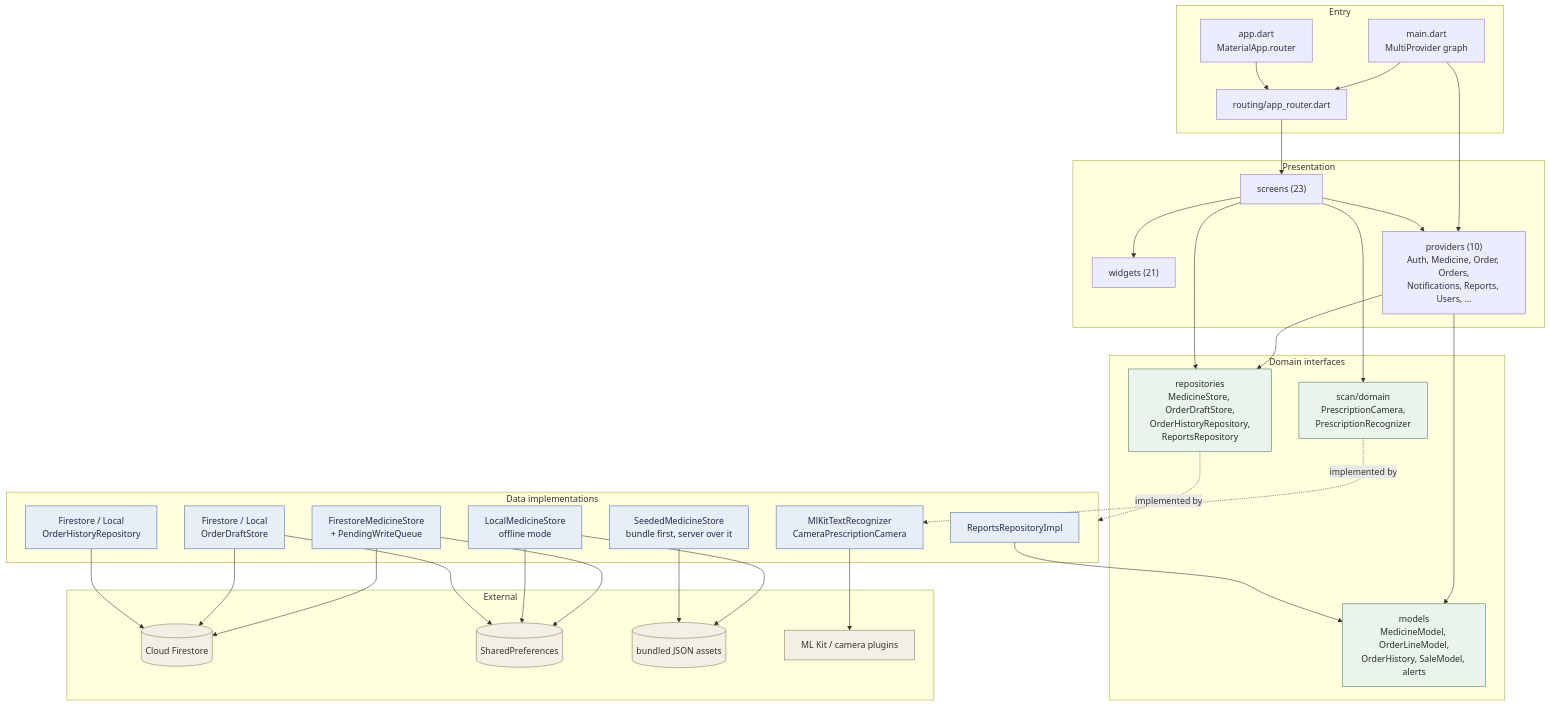
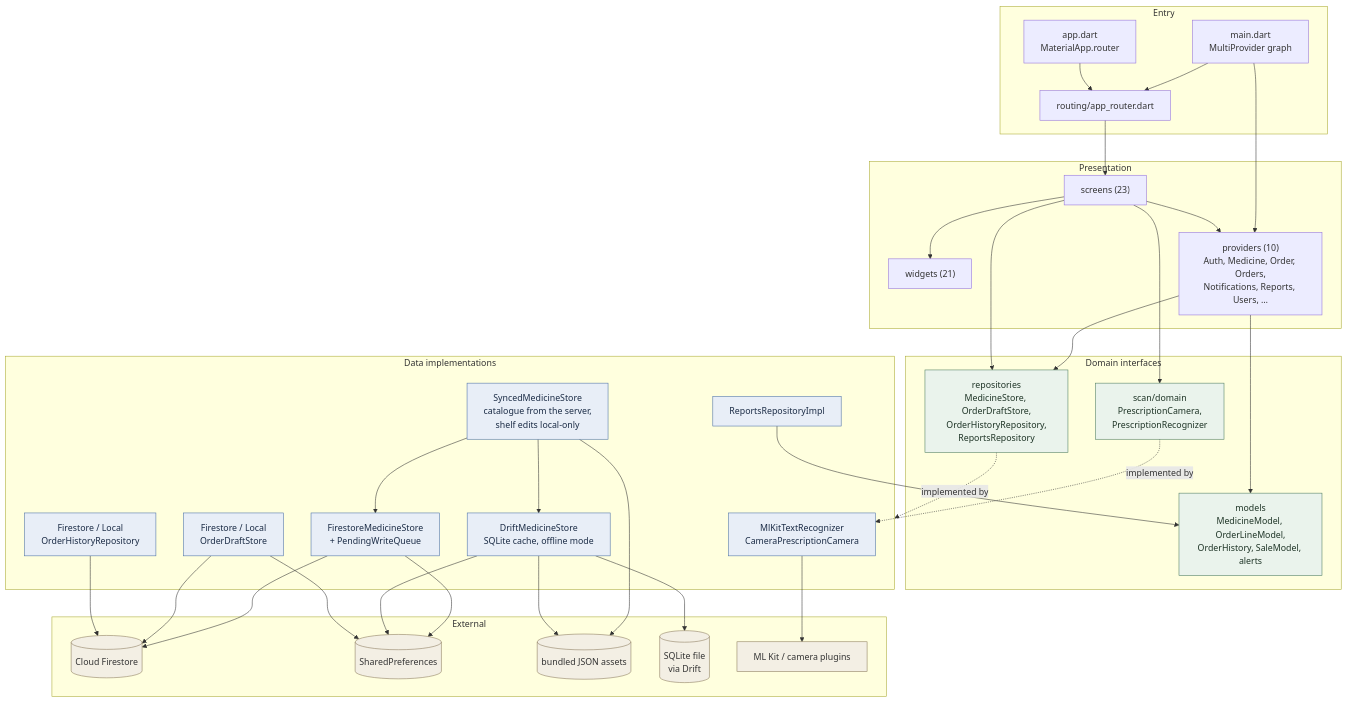
One commit to adriantoque/pharma-app changed the first of 5 diagrams in docs/architecture.md. Above: the diagram before and after it, drawn with Mermaid. The commit also changed other lines of this file and 43 other files, not shown here.

````diff
--- a/docs/architecture.md
+++ b/docs/architecture.md
@@ -106,67 +107,71 @@
 ```mermaid
 graph TD
   subgraph entry["Entry"]
     main["main.dart<br/>MultiProvider graph"]
     app["app.dart<br/>MaterialApp.router"]
     router["routing/app_router.dart"]
   end
 
   subgraph presentation["Presentation"]
     screens["screens (23)"]
     widgets["widgets (21)"]
     providers["providers (10)<br/>Auth, Medicine, Order, Orders,<br/>Notifications, Reports, Users, …"]
   end
 
   subgraph domain["Domain interfaces"]
     repos["repositories<br/>MedicineStore, OrderDraftStore,<br/>OrderHistoryRepository,<br/>ReportsRepository"]
     models["models<br/>MedicineModel, OrderLineModel,<br/>OrderHistory, SaleModel, alerts"]
     domain_scan["scan/domain<br/>PrescriptionCamera,<br/>PrescriptionRecognizer"]
   end
 
   subgraph data["Data implementations"]
     firestore_store["FirestoreMedicineStore<br/>+ PendingWriteQueue"]
-    seeded["SeededMedicineStore<br/>bundle first, server over it"]
-    local["LocalMedicineStore<br/>offline mode"]
+    synced["SyncedMedicineStore<br/>catalogue from the server,<br/>shelf edits local-only"]
+    drift["DriftMedicineStore<br/>SQLite cache, offline mode"]
     draft["Firestore / Local<br/>OrderDraftStore"]
     history["Firestore / Local<br/>OrderHistoryRepository"]
     reports_impl["ReportsRepositoryImpl"]
     scan_impl["MlKitTextRecognizer<br/>CameraPrescriptionCamera"]
   end
 
   subgraph ext["External"]
     fs[("Cloud Firestore")]
     prefs[("SharedPreferences")]
     bundle[("bundled JSON assets")]
+    sqlite[("SQLite file<br/>via Drift")]
     ocr["ML Kit / camera plugins"]
   end
 
   main --> providers
   main --> router
   app --> router
   router --> screens
   screens --> widgets
   screens --> providers
   providers --> repos
   providers --> models
   screens --> domain_scan
   screens --> repos
   repos -.implemented by.-> data
   firestore_store --> fs
   firestore_store --> prefs
-  local --> prefs
-  local --> bundle
-  seeded --> bundle
+  synced --> firestore_store
+  synced --> drift
+  synced --> bundle
+  drift --> sqlite
+  drift --> prefs
+  drift --> bundle
   draft --> fs
   draft --> prefs
   history --> fs
   reports_impl --> models
   scan_impl --> ocr
   domain_scan -.implemented by.-> scan_impl
 
   classDef extStyle fill:#f3efe4,stroke:#8a7a5c,color:#333
   classDef dataStyle fill:#e8eef7,stroke:#4a6fa5,color:#1a2b45
   classDef domainStyle fill:#eaf3ec,stroke:#4d7c5f,color:#1d3325
-  class fs,prefs,bundle,ocr extStyle
-  class firestore_store,seeded,local,draft,history,reports_impl,scan_impl dataStyle
+  class fs,prefs,bundle,sqlite,ocr extStyle
+  class firestore_store,synced,drift,draft,history,reports_impl,scan_impl dataStyle
   class repos,models,domain_scan domainStyle
 ```
````
